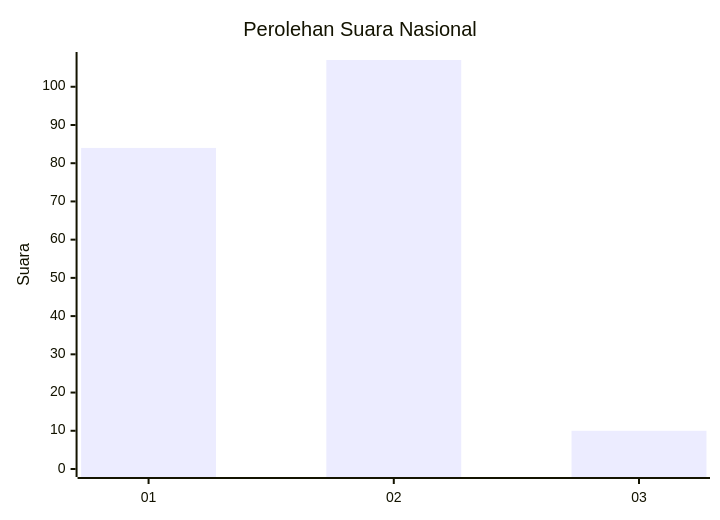
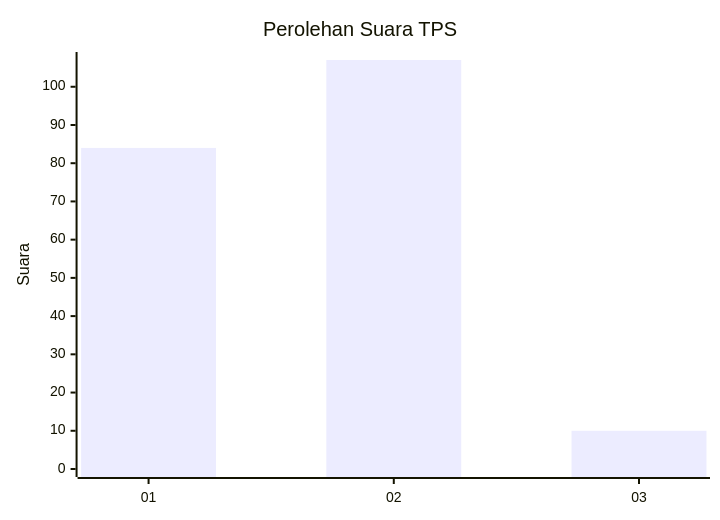
Before and after one commit to gigit-pemilu/pemilu-2024-52-nusa-tenggara-barat: the first of 2 diagrams in pilpres/hitung-suara/sub/52-nusa-tenggara-barat/sub/02-lombok-tengah/sub/08-pringgarata/sub/2003-murbaya/sub/008-tps/README.md, drawn with Mermaid. The commit also changed other lines of this file and 10219 other files, not shown here.

````diff
--- a/pilpres/hitung-suara/sub/52-nusa-tenggara-barat/sub/02-lombok-tengah/sub/08-pringgarata/sub/2003-murbaya/sub/008-tps/README.md
+++ b/pilpres/hitung-suara/sub/52-nusa-tenggara-barat/sub/02-lombok-tengah/sub/08-pringgarata/sub/2003-murbaya/sub/008-tps/README.md
@@ -5,7 +5,7 @@
 ```mermaid
 xychart-beta
-    title "Perolehan Suara Nasional"
+    title "Perolehan Suara TPS"
     x-axis [01, 02, 03]
     y-axis "Suara" 0 --> 107
     bar [84, 107, 10]
 ```
````
